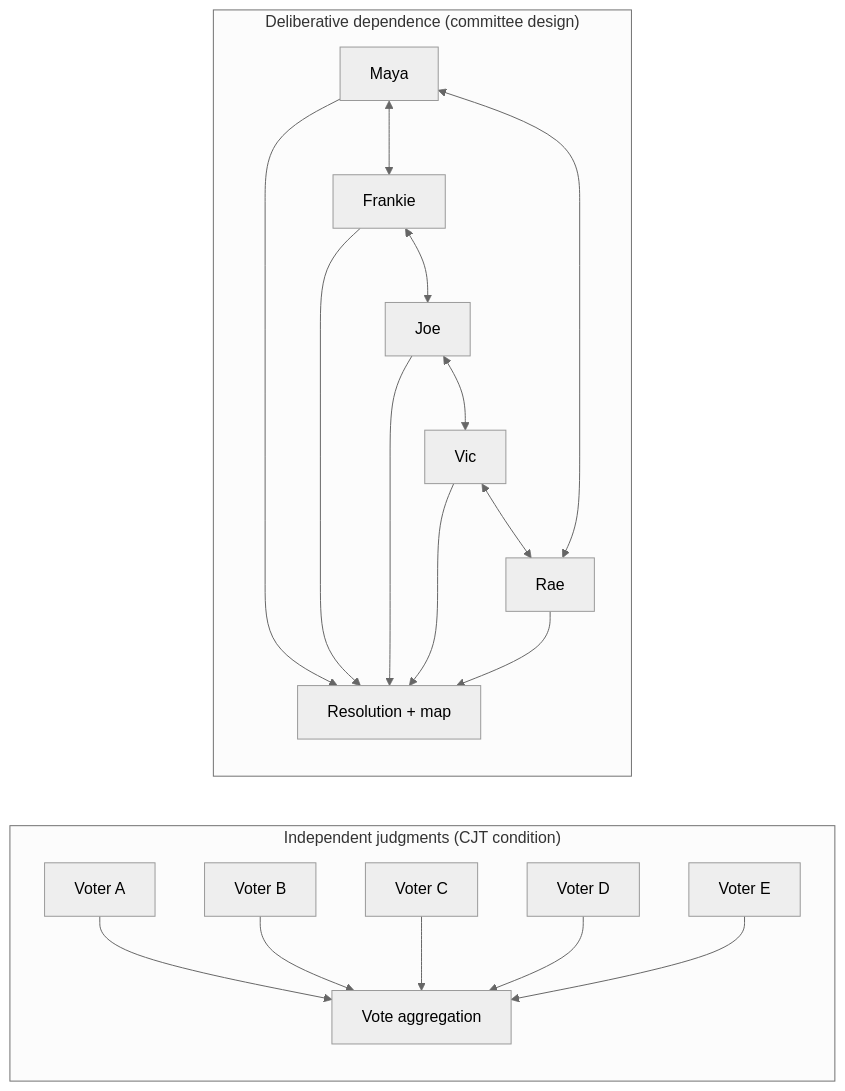
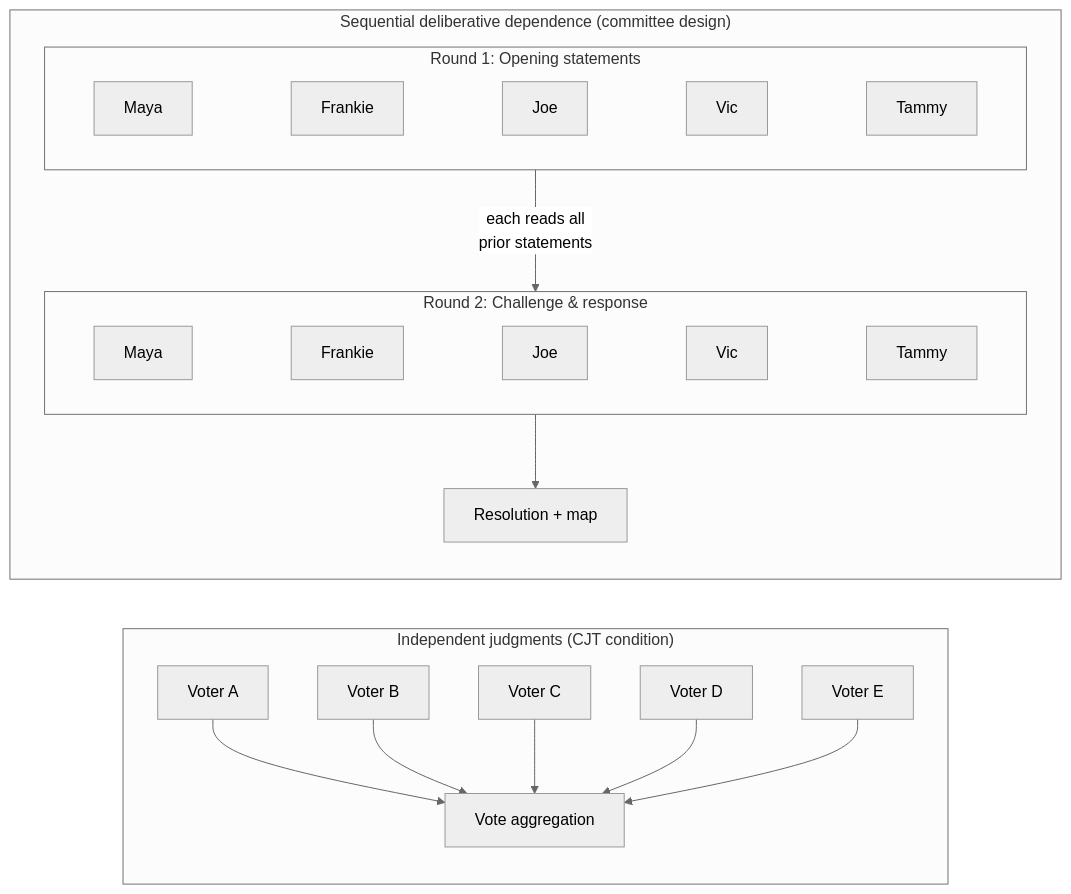
The second of 3 diagrams in artifacts/condorcet-jury-theorem-and-committee.md (Gadfly-ai/cyberneutics), drawn with Mermaid (neutral theme) before and after one commit. The commit also changed other lines of this file and 54 other files, not shown here.

````diff
--- a/artifacts/condorcet-jury-theorem-and-committee.md
+++ b/artifacts/condorcet-jury-theorem-and-committee.md
@@ -69,35 +69,28 @@
 ```mermaid
 flowchart LR
     subgraph IND["Independent judgments (CJT condition)"]
         I1["Voter A"]
         I2["Voter B"]
         I3["Voter C"]
         I4["Voter D"]
         I5["Voter E"]
         IV["Vote aggregation"]
         I1 --> IV
         I2 --> IV
         I3 --> IV
         I4 --> IV
         I5 --> IV
     end
 
-    subgraph DEP["Deliberative dependence (committee design)"]
-        M["Maya"]
-        F["Frankie"]
-        J["Joe"]
-        V["Vic"]
-        R["Rae"]
-        OUT["Resolution + map"]
-        M <--> F
-        F <--> J
-        J <--> V
-        V <--> R
-        R <--> M
-        M --> OUT
-        F --> OUT
-        J --> OUT
-        V --> OUT
-        R --> OUT
+    subgraph DEP["Sequential deliberative dependence (committee design)"]
+        direction TB
+        subgraph R1["Round 1: Opening statements"]
+            M1["Maya"] ~~~ F1["Frankie"] ~~~ J1["Joe"] ~~~ V1["Vic"] ~~~ T1["Tammy"]
+        end
+        subgraph R2["Round 2: Challenge & response"]
+            M2["Maya"] ~~~ F2["Frankie"] ~~~ J2["Joe"] ~~~ V2["Vic"] ~~~ T2["Tammy"]
+        end
+        R1 -->|"each reads all<br/>prior statements"| R2
+        R2 --> OUT["Resolution + map"]
     end
 ```
````
